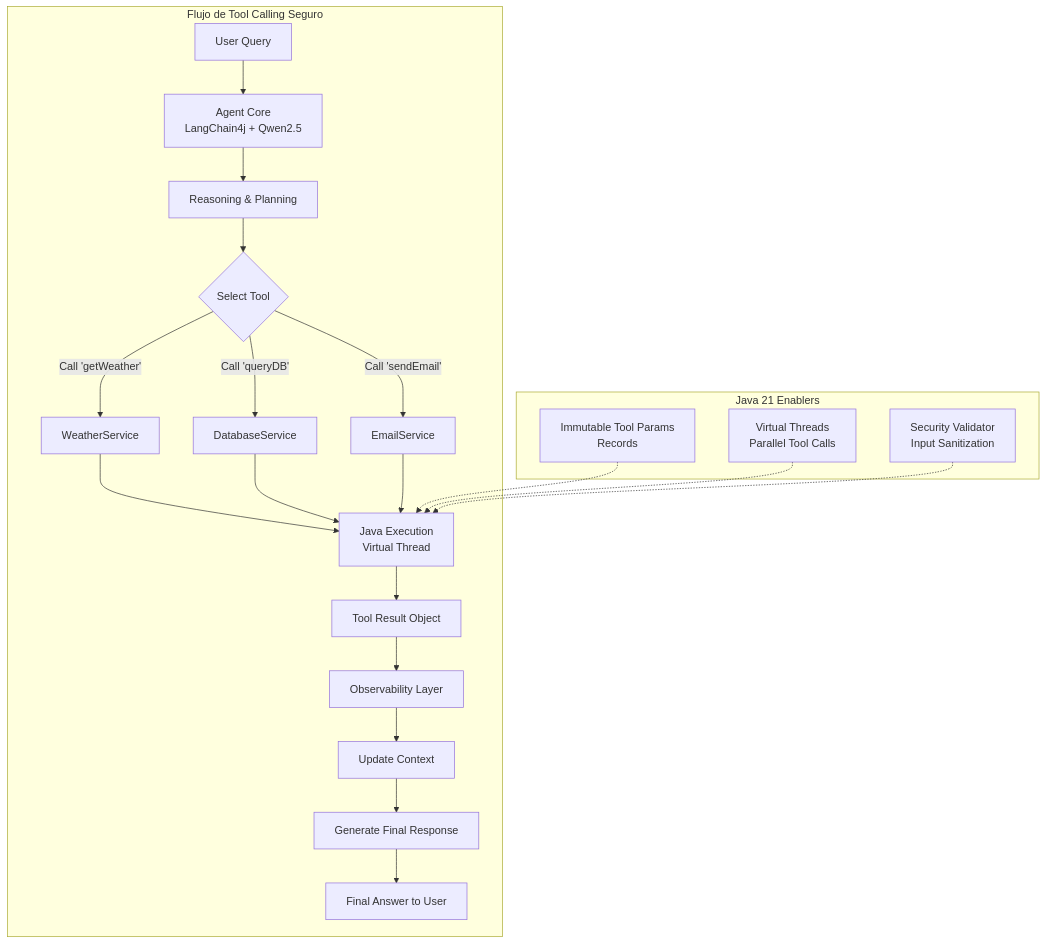
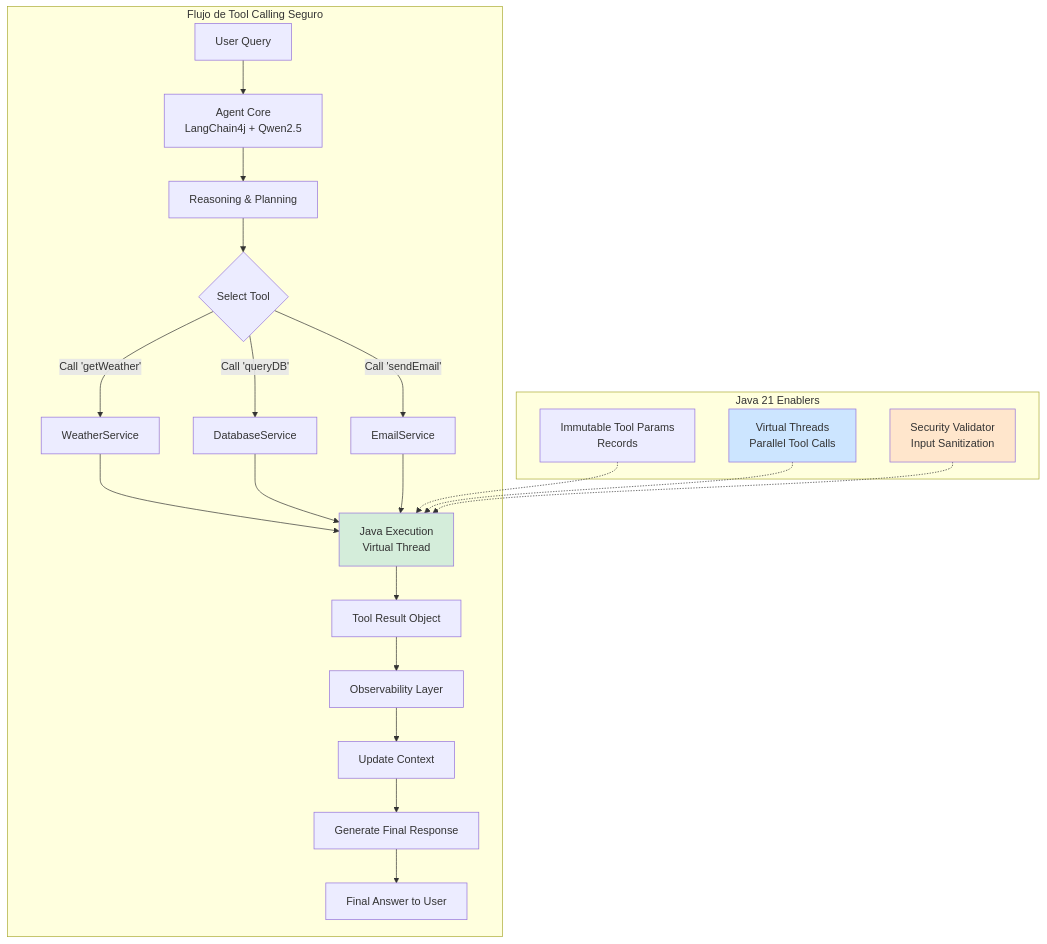
The first of 4 diagrams in 08_IA_Agentes/tool_calling_function_calling_qwen2_5_langchain4j_STAFF.md (Joaquinriosheredia/DAM-Java-Mastery), drawn with Mermaid before and after one commit. The commit also changed other lines of this file, not shown here.

````diff
--- a/08_IA_Agentes/tool_calling_function_calling_qwen2_5_langchain4j_STAFF.md
+++ b/08_IA_Agentes/tool_calling_function_calling_qwen2_5_langchain4j_STAFF.md
@@ -31,29 +57,33 @@
 ```mermaid
 graph TD
     subgraph "Flujo de Tool Calling Seguro"
         USER[User Query] --> AGENT[Agent Core<br>LangChain4j + Qwen2.5]
         
         AGENT --> PLAN[Reasoning & Planning]
         PLAN --> SELECT{Select Tool}
         
         SELECT -->|Call 'getWeather'| TOOL1[WeatherService]
         SELECT -->|Call 'queryDB'| TOOL2[DatabaseService]
         SELECT -->|Call 'sendEmail'| TOOL3[EmailService]
         
         TOOL1 --> EXEC[Java Execution<br>Virtual Thread]
         TOOL2 --> EXEC
         TOOL3 --> EXEC
         
         EXEC --> RESULT[Tool Result Object]
         RESULT --> OBSERVE[Observability Layer]
         OBSERVE --> CONTEXT[Update Context]
         CONTEXT --> GENERATE[Generate Final Response]
         GENERATE --> ANSWER[Final Answer to User]
     end
     
     subgraph "Java 21 Enablers"
         REC[Immutable Tool Params<br>Records] -.-> EXEC
         VT[Virtual Threads<br>Parallel Tool Calls] -.-> EXEC
         SEC[Security Validator<br>Input Sanitization] -.-> EXEC
     end
+    
+    style EXEC fill:#d4edda
+    style SEC fill:#ffe6cc
+    style VT fill:#cce5ff
 ```
````
